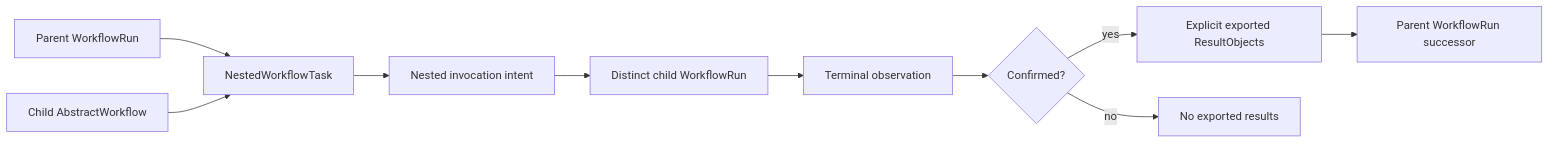
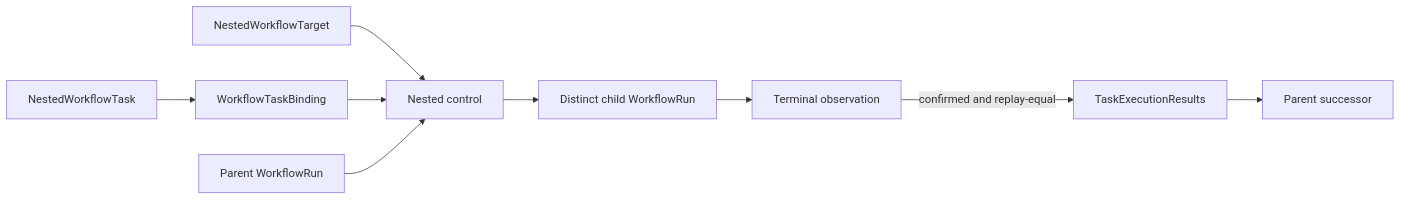
The eighth of 9 diagrams in docs/architecture/v2/ksdft2effmass/workflow/schematic.md (eragasa/ksdft2effmass), drawn with Mermaid before and after one commit. The commit also changed other lines of this file and 94 other files, not shown here.

Commit message:
docs(architecture): close nominal ABC migration gate

````diff
--- a/docs/architecture/v2/ksdft2effmass/workflow/schematic.md
+++ b/docs/architecture/v2/ksdft2effmass/workflow/schematic.md
@@ -84,12 +205,11 @@
 ```mermaid
 flowchart LR
-    parent[Parent WorkflowRun] --> adapter[NestedWorkflowTask]
-    child_definition[Child AbstractWorkflow] --> adapter
-    adapter --> intent[Nested invocation intent]
-    intent --> child[Distinct child WorkflowRun]
+    target[NestedWorkflowTarget] --> control[Nested control]
+    task[NestedWorkflowTask] --> binding[WorkflowTaskBinding]
+    binding --> control
+    parent[Parent WorkflowRun] --> control
+    control --> child[Distinct child WorkflowRun]
     child --> terminal[Terminal observation]
-    terminal --> export{Confirmed?}
-    export -->|yes| results[Explicit exported ResultObjects]
-    export -->|no| none[No exported results]
-    results --> parent_successor[Parent WorkflowRun successor]
+    terminal -->|confirmed and replay-equal| results[TaskExecutionResults]
+    results --> successor[Parent successor]
 ```
````
